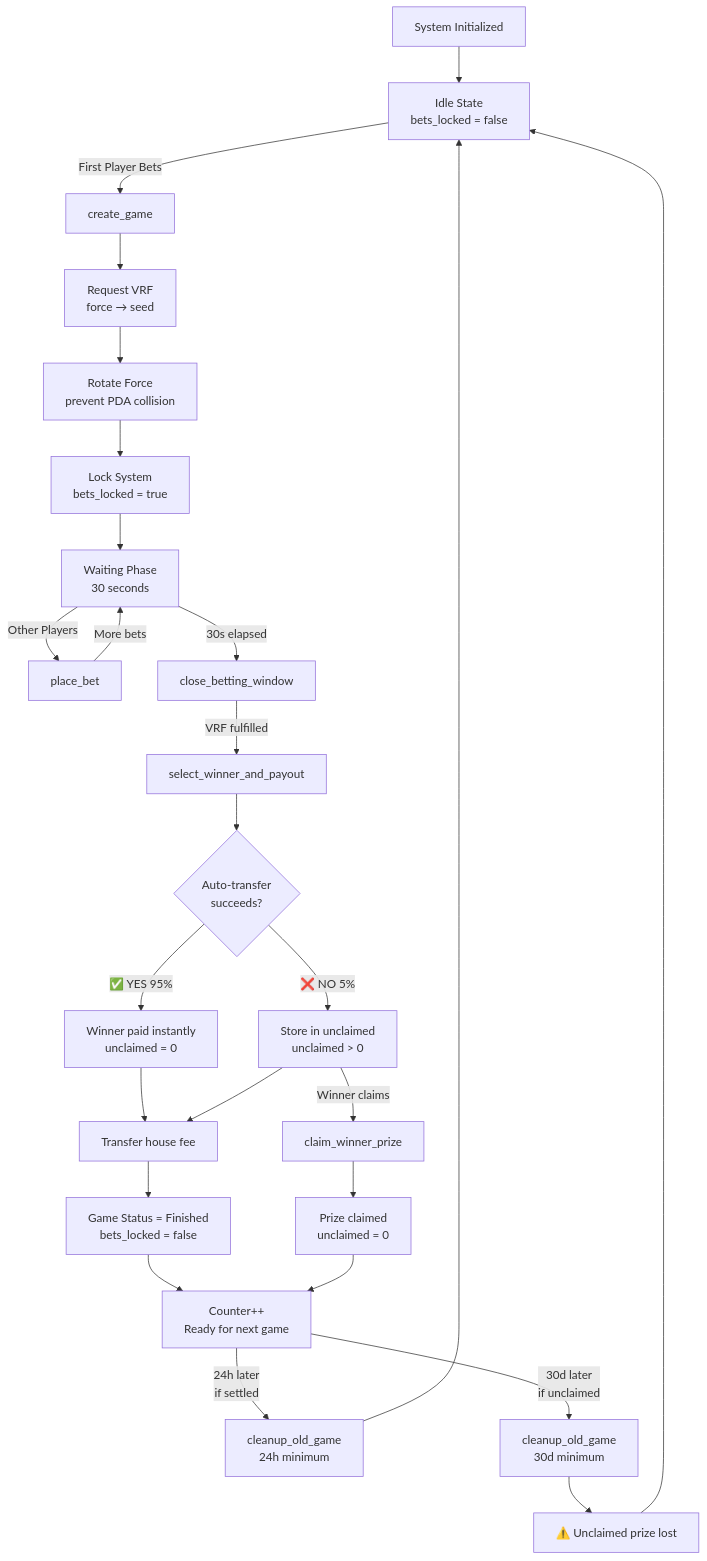
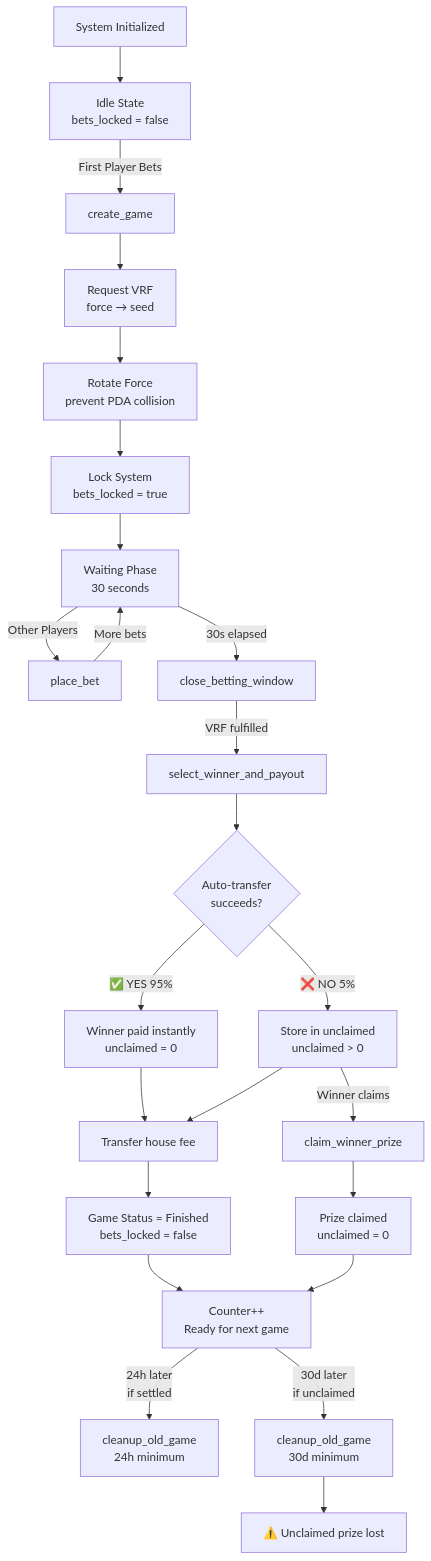
The diagram in WORKFLOW.md (llPekoll/royalrumble), drawn with Mermaid before and after one commit. The commit also changed other lines of this file and 36 other files, not shown here.

````diff
--- a/WORKFLOW.md
+++ b/WORKFLOW.md
@@ -11,39 +11,37 @@
 ```mermaid
 graph TB
     Start[System Initialized] --> Idle[Idle State<br/>bets_locked = false]
 
     Idle -->|First Player Bets| CreateGame[create_game]
     CreateGame --> VRF1[Request VRF<br/>force → seed]
     VRF1 --> Rotate1[Rotate Force<br/>prevent PDA collision]
     Rotate1 --> Lock[Lock System<br/>bets_locked = true]
     Lock --> Waiting[Waiting Phase<br/>30 seconds]
 
     Waiting -->|Other Players| PlaceBet[place_bet]
     PlaceBet -->|More bets| Waiting
 
     Waiting -->|30s elapsed| CloseBetting[close_betting_window]
     CloseBetting -->|VRF fulfilled| SelectWinner[select_winner_and_payout]
 
     SelectWinner --> AutoTransfer{Auto-transfer<br/>succeeds?}
 
     AutoTransfer -->|✅ YES 95%| Instant[Winner paid instantly<br/>unclaimed = 0]
     AutoTransfer -->|❌ NO 5%| Store[Store in unclaimed<br/>unclaimed > 0]
 
     Instant --> HouseFee[Transfer house fee]
     Store --> HouseFee
 
     HouseFee --> Finished[Game Status = Finished<br/>bets_locked = false]
 
     Store -->|Winner claims| ClaimPrize[claim_winner_prize]
     ClaimPrize --> Claimed[Prize claimed<br/>unclaimed = 0]
 
     Finished --> NextGame[Counter++<br/>Ready for next game]
     Claimed --> NextGame
 
     NextGame -->|24h later<br/>if settled| Cleanup24[cleanup_old_game<br/>24h minimum]
     NextGame -->|30d later<br/>if unclaimed| Cleanup30[cleanup_old_game<br/>30d minimum]
 
-    Cleanup24 --> Idle
     Cleanup30 --> WarningLog[⚠️ Unclaimed prize lost]
-    WarningLog --> Idle
 ```
````
